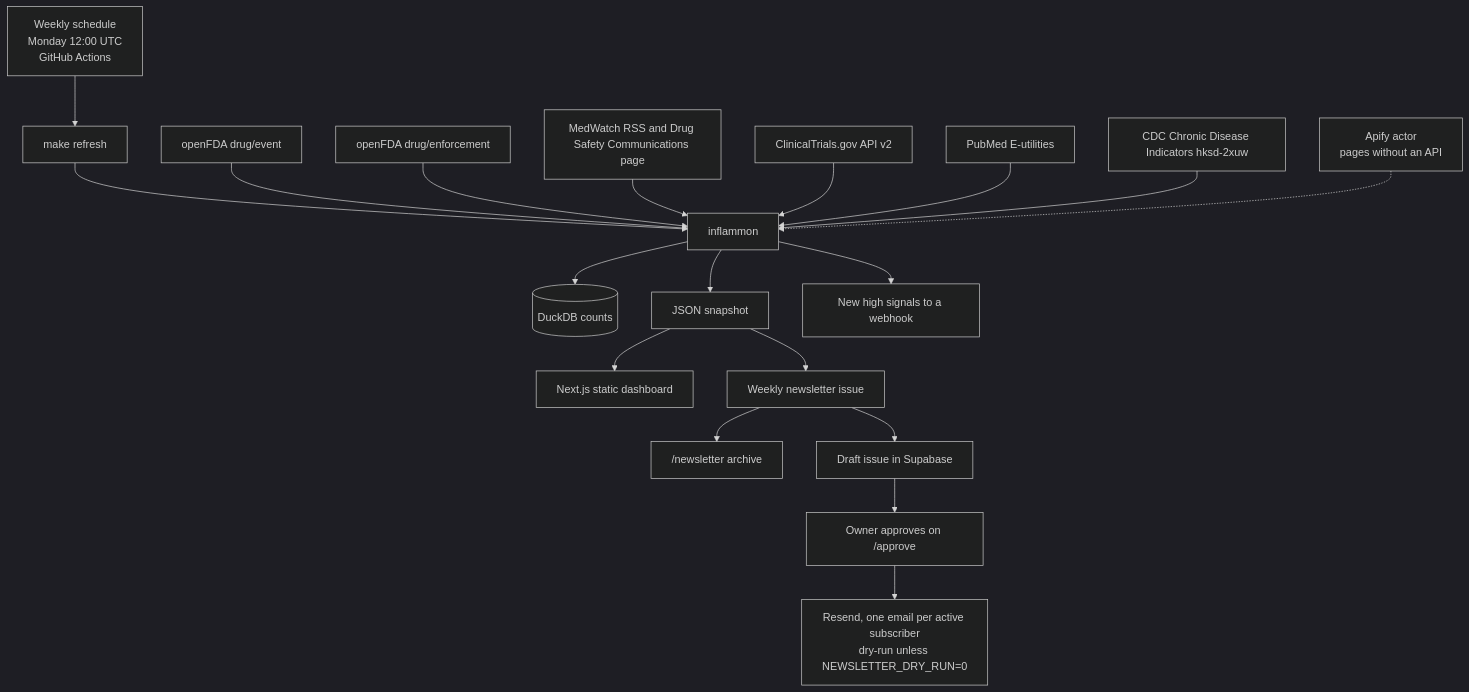
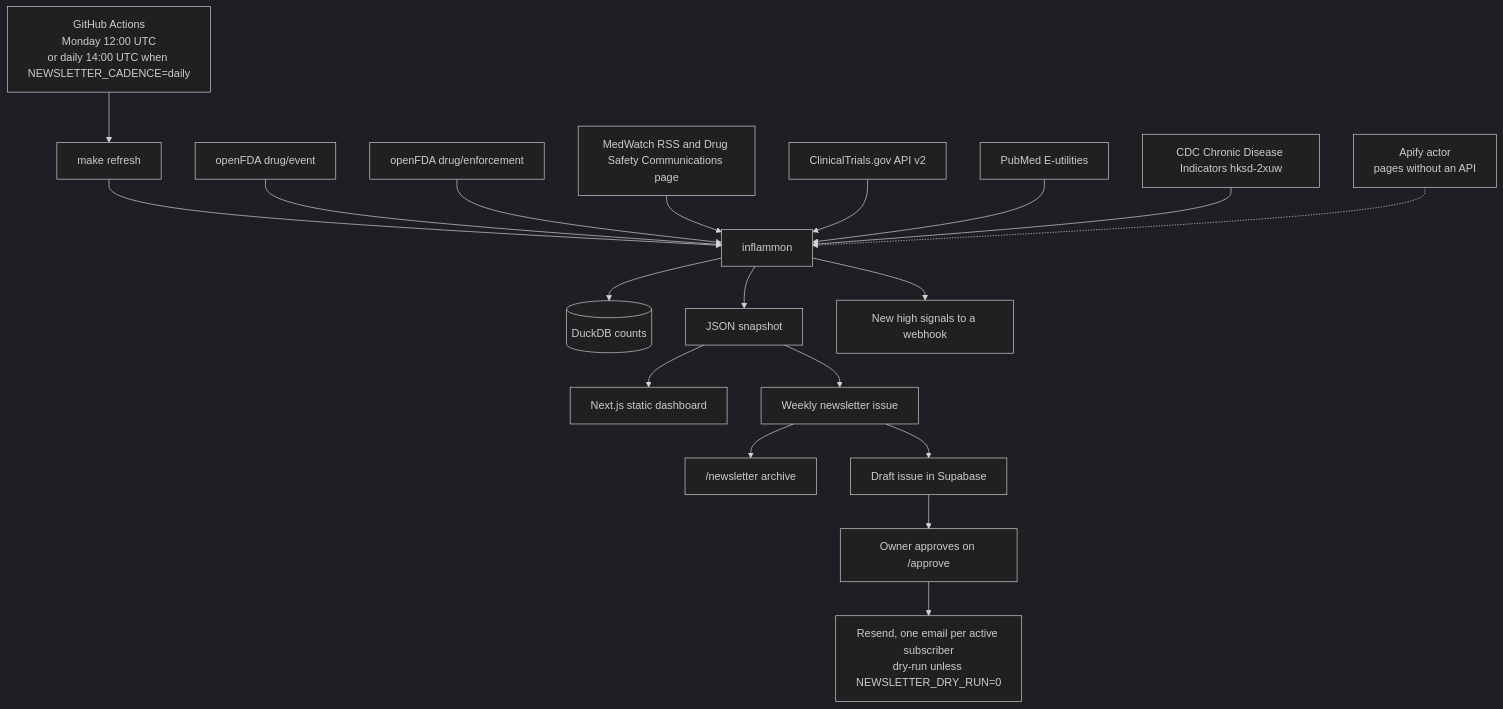
The diagram in README.md (developer-rpai/open-health-signal), drawn with Mermaid (dark theme) before and after one commit. The commit also changed other lines of this file and 7 other files, not shown here.

First line of the commit message:
Make the newsletter cadence daily or weekly.

````diff
--- a/README.md
+++ b/README.md
@@ -16,22 +16,22 @@
 ```mermaid
 flowchart TB
-  cron["Weekly schedule<br/>Monday 12:00 UTC<br/>GitHub Actions"]
+  cron["GitHub Actions<br/>Monday 12:00 UTC<br/>or daily 14:00 UTC when NEWSLETTER_CADENCE=daily"]
   cron --> refresh["make refresh"]
   refresh --> py["inflammon"]
   faers["openFDA drug/event"] --> py
   enf["openFDA drug/enforcement"] --> py
   rss["MedWatch RSS and Drug Safety Communications page"] --> py
   ct["ClinicalTrials.gov API v2"] --> py
   pm["PubMed E-utilities"] --> py
   cdc["CDC Chronic Disease Indicators hksd-2xuw"] --> py
   actor["Apify actor<br/>pages without an API"] -.-> py
   py --> duck[("DuckDB counts")]
   py --> snap["JSON snapshot"]
   snap --> site["Next.js static dashboard"]
   snap --> letter["Weekly newsletter issue"]
   letter --> archive["/newsletter archive"]
   letter --> draft["Draft issue in Supabase"]
   draft --> owner["Owner approves on /approve"]
   owner --> resend["Resend, one email per active subscriber<br/>dry-run unless NEWSLETTER_DRY_RUN=0"]
   py --> hook["New high signals to a webhook"]
 ```
````
